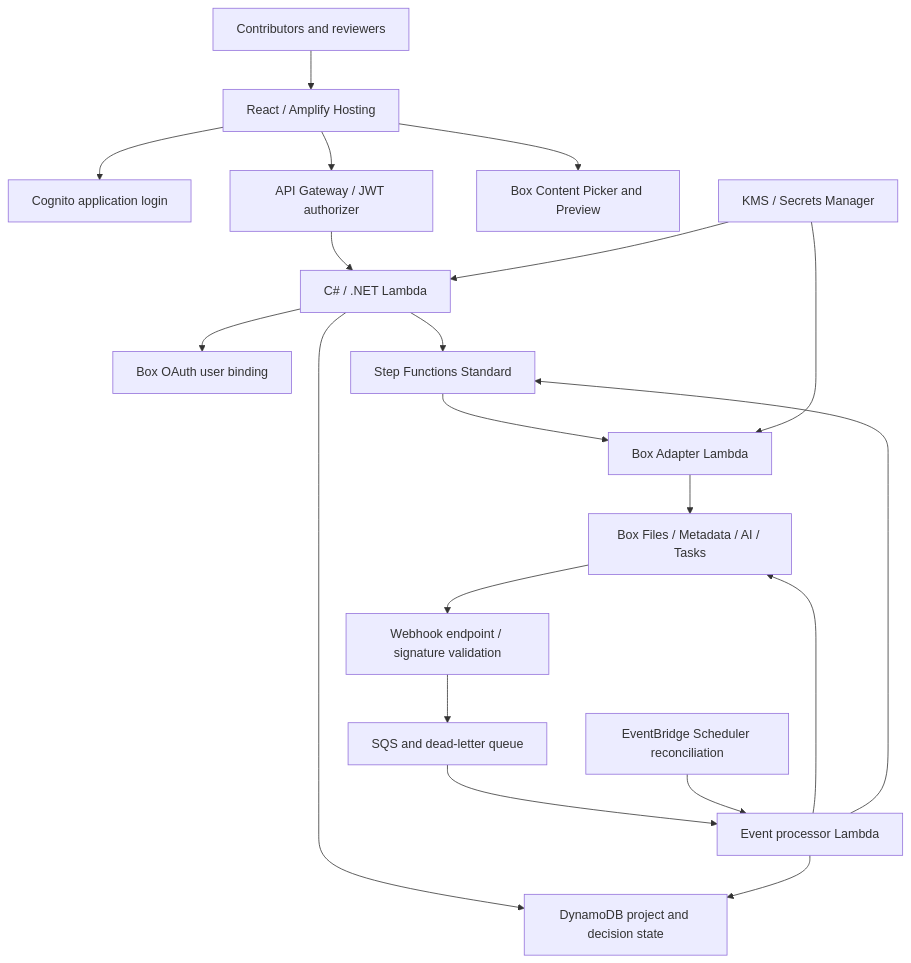
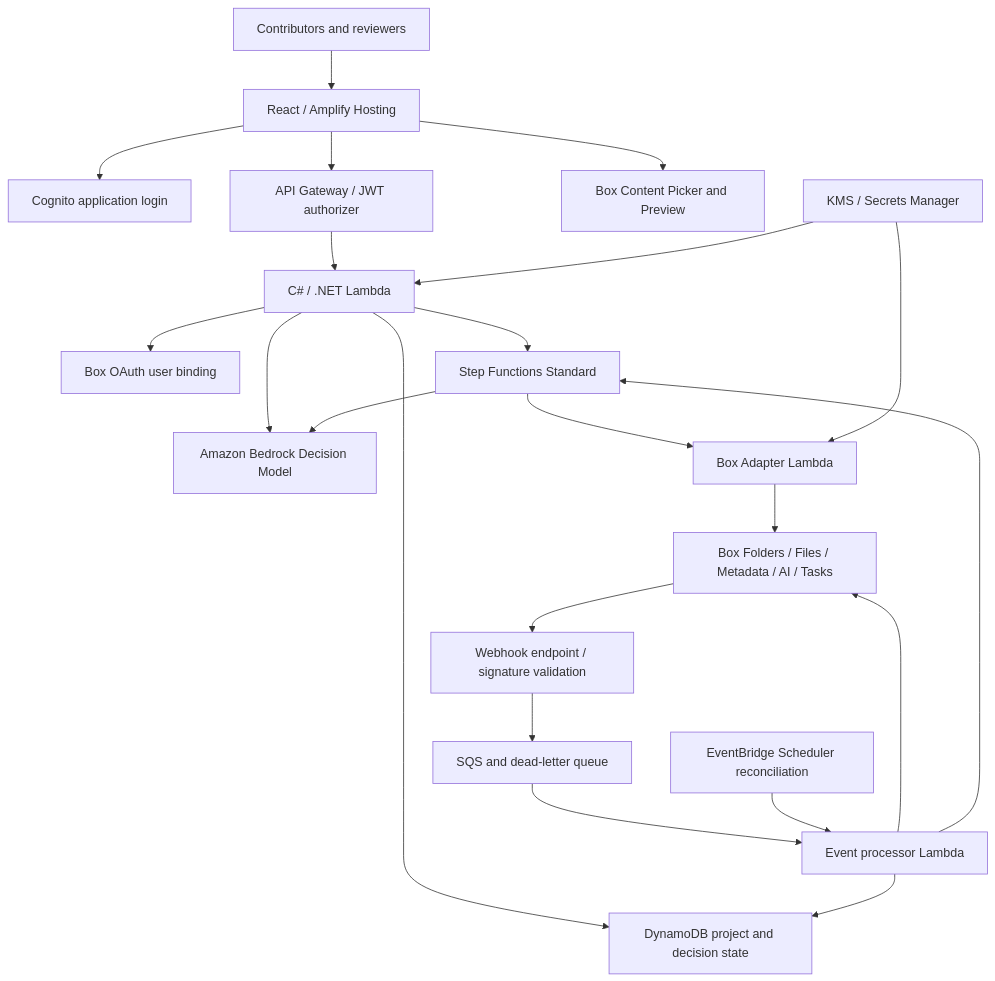
The diagram in docs/architecture.md (hyspacex/unbox-the-cloud-aws), drawn with Mermaid before and after one commit. The commit also changed other lines of this file and 2 other files, not shown here.

First line of the commit message:
docs: add Amazon Bedrock decision model for folder template recommendation

````diff
--- a/docs/architecture.md
+++ b/docs/architecture.md
@@ -12,22 +13,24 @@
 ```mermaid
 flowchart TD
     U[Contributors and reviewers] --> UI[React / Amplify Hosting]
     UI --> ID[Cognito application login]
     UI --> API[API Gateway / JWT authorizer]
     UI --> EL[Box Content Picker and Preview]
     API --> L[C# / .NET Lambda]
     L --> O[Box OAuth user binding]
+    L --> BR[Amazon Bedrock Decision Model]
     L --> DB[DynamoDB project and decision state]
     L --> SF[Step Functions Standard]
     SF --> BA[Box Adapter Lambda]
-    BA --> BOX[Box Files / Metadata / AI / Tasks]
+    SF --> BR
+    BA --> BOX[Box Folders / Files / Metadata / AI / Tasks]
     BOX --> WH[Webhook endpoint / signature validation]
     WH --> Q[SQS and dead-letter queue]
     Q --> EV[Event processor Lambda]
     EV --> BOX
     EV --> DB
     EV --> SF
     SCH[EventBridge Scheduler reconciliation] --> EV
     SEC[KMS / Secrets Manager] --> L
     SEC --> BA
 ```
````
